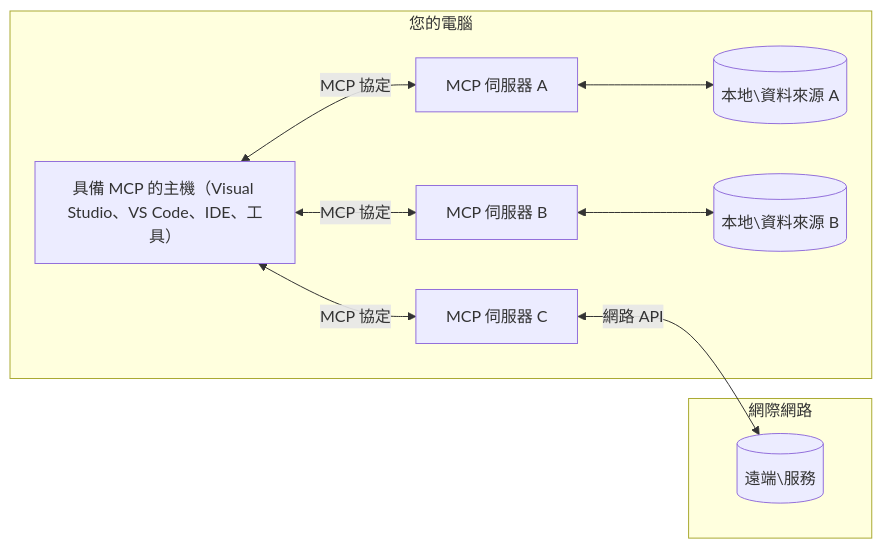
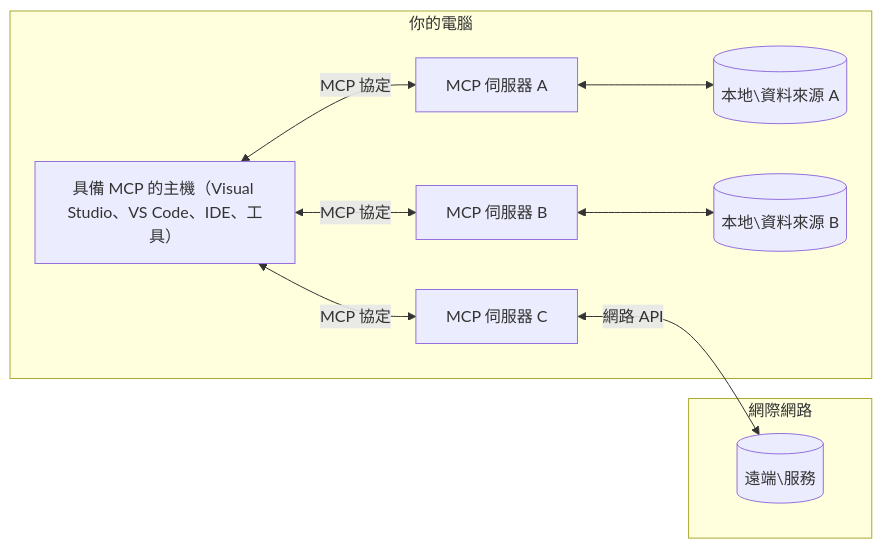
One commit to Mu-L/mcp-for-beginners changed the diagram in translations/zh-TW/01-CoreConcepts/README.md. Above: the diagram before and after it, drawn with Mermaid. The commit also changed other lines of this file and 110 other files, not shown here.

````diff
--- a/translations/zh-TW/01-CoreConcepts/README.md
+++ b/translations/zh-TW/01-CoreConcepts/README.md
@@ -45,17 +45,17 @@
 ```mermaid
 flowchart LR
-    subgraph "您的電腦"
+    subgraph "你的電腦"
         Host["具備 MCP 的主機（Visual Studio、VS Code、IDE、工具）"]
         S1["MCP 伺服器 A"]
         S2["MCP 伺服器 B"]
         S3["MCP 伺服器 C"]
         Host <-->|"MCP 協定"| S1
         Host <-->|"MCP 協定"| S2
         Host <-->|"MCP 協定"| S3
         S1 <--> D1[("本地\資料來源 A")]
         S2 <--> D2[("本地\資料來源 B")]
     end
     subgraph "網際網路"
         S3 <-->|"網路 API"| D3[("遠端\服務")]
     end
 ```
````
